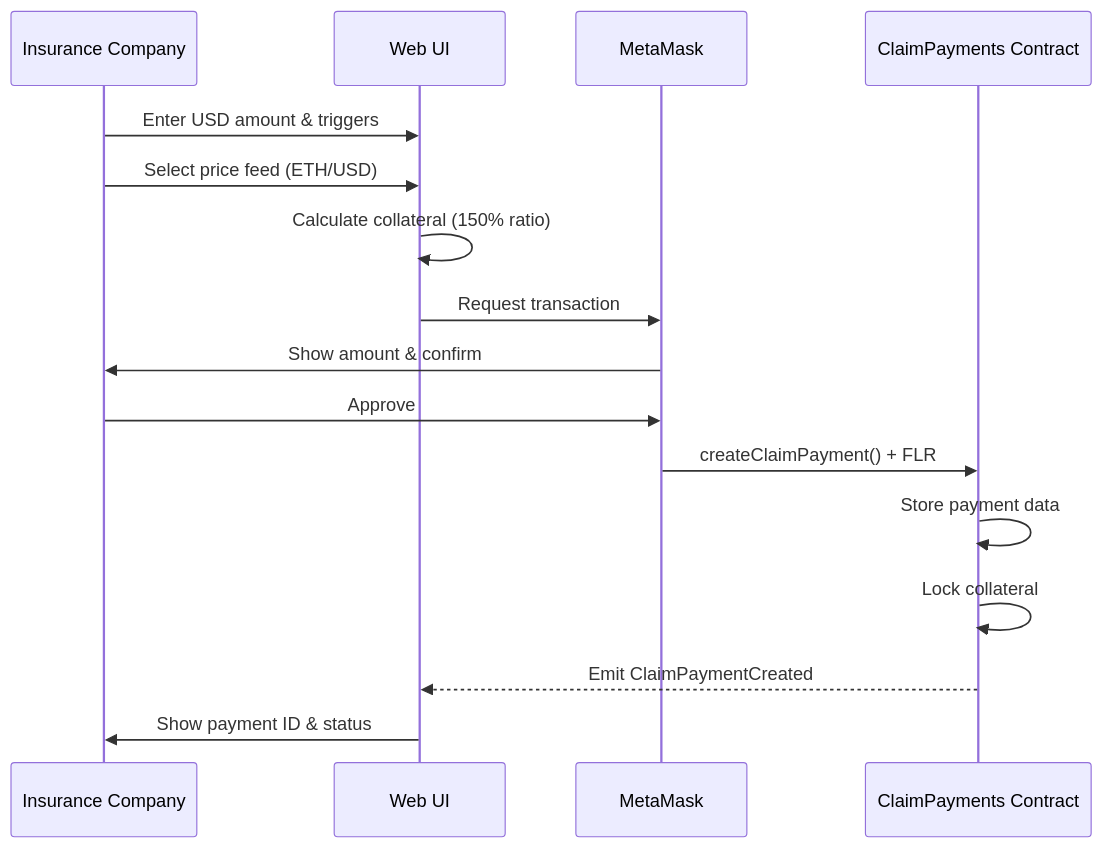
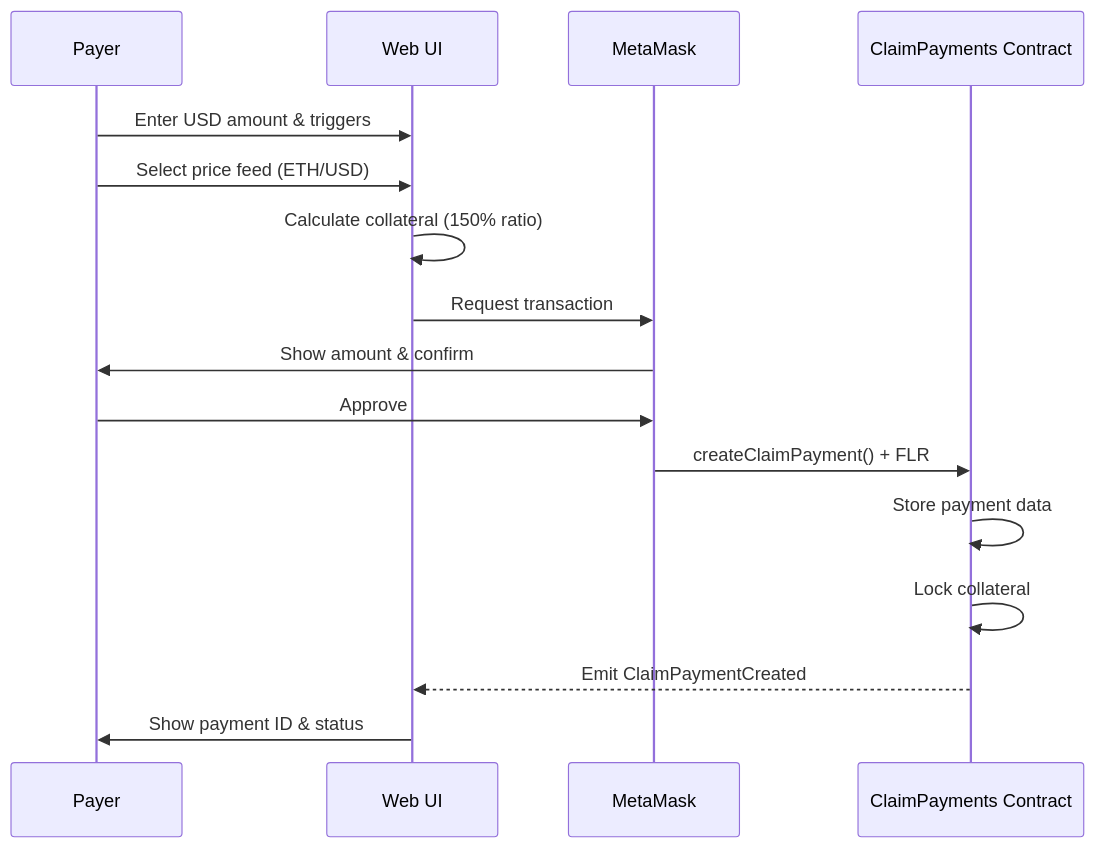
Before and after one commit to SLAP-Solutions/Hack022026: the first of 3 diagrams in docs/02-how-it-works.md, drawn with Mermaid. The commit also changed other lines of this file and 5 other files, not shown here.

````diff
--- a/docs/02-how-it-works.md
+++ b/docs/02-how-it-works.md
@@ -28,19 +28,19 @@
 ```mermaid
 sequenceDiagram
-    participant User as Insurance Company
+    participant User as Payer
     participant UI as Web UI
     participant Wallet as MetaMask
     participant Contract as ClaimPayments Contract
 
     User->>UI: Enter USD amount & triggers
     User->>UI: Select price feed (ETH/USD)
     UI->>UI: Calculate collateral (150% ratio)
     UI->>Wallet: Request transaction
     Wallet->>User: Show amount & confirm
     User->>Wallet: Approve
     Wallet->>Contract: createClaimPayment() + FLR
     Contract->>Contract: Store payment data
     Contract->>Contract: Lock collateral
     Contract-->>UI: Emit ClaimPaymentCreated
     UI->>User: Show payment ID & status
 ```
````
